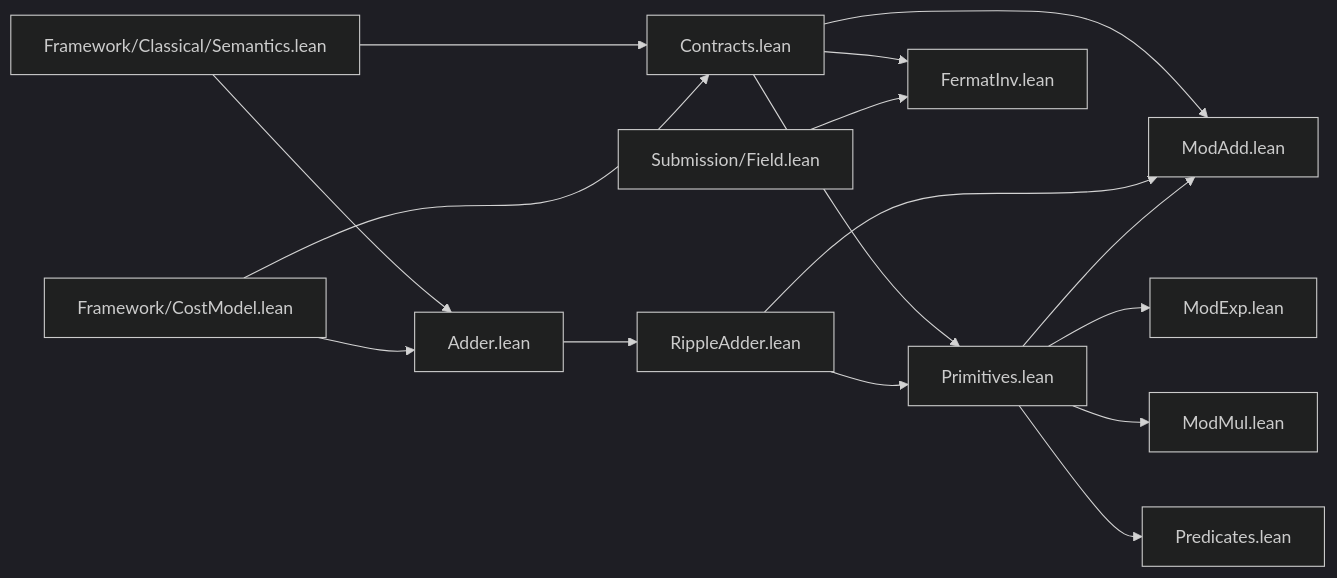
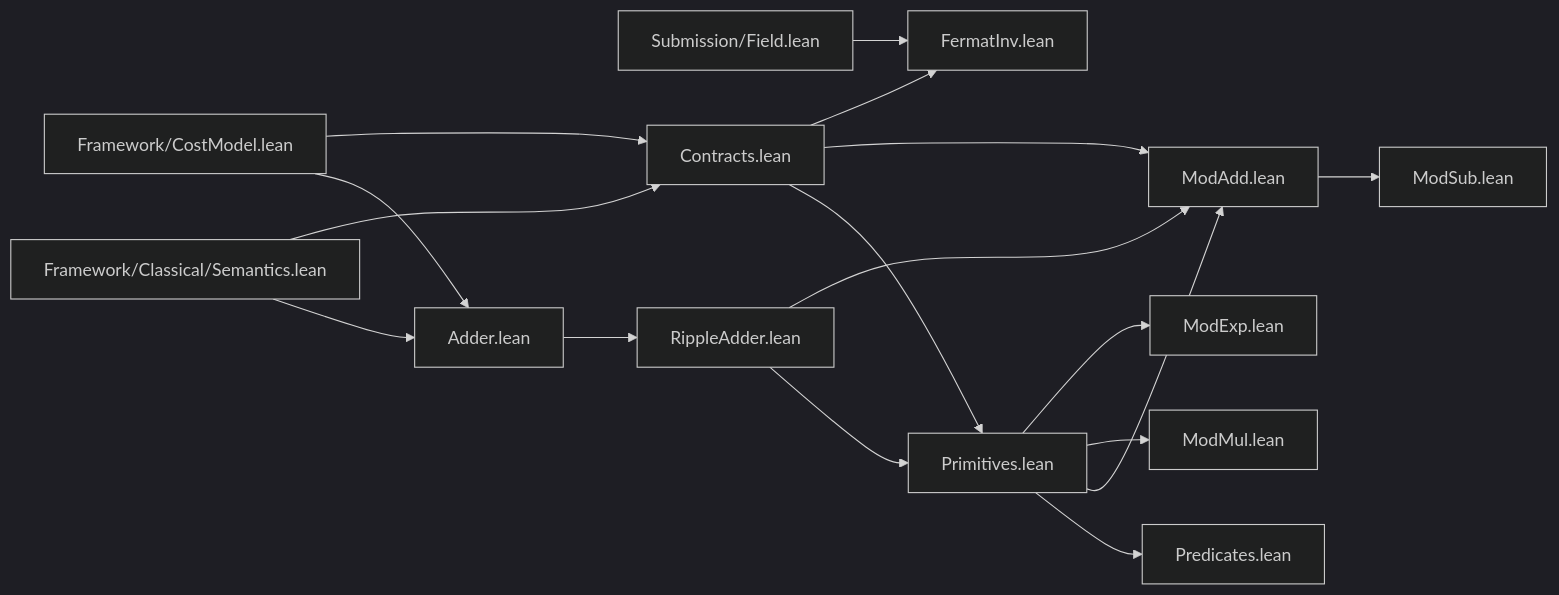
One commit to VerifiedQC/ShorECDLP changed the first of 2 diagrams in ShorECDLP/Submission/Arithmetic/README.md. Above: the diagram before and after it, drawn with Mermaid (dark theme). The commit also changed other lines of this file and 4 other files, not shown here.

````diff
--- a/ShorECDLP/Submission/Arithmetic/README.md
+++ b/ShorECDLP/Submission/Arithmetic/README.md
@@ -24,32 +24,34 @@
 ```mermaid
 flowchart LR
   Semantics["Framework/Classical/Semantics.lean"]
   CostModel["Framework/CostModel.lean"]
   Field["Submission/Field.lean"]
 
   Adder["Adder.lean"]
   Contracts["Contracts.lean"]
   Ripple["RippleAdder.lean"]
   Primitives["Primitives.lean"]
   Predicates["Predicates.lean"]
   ModAdd["ModAdd.lean"]
+  ModSub["ModSub.lean"]
   ModMul["ModMul.lean"]
   ModExp["ModExp.lean"]
   FermatInv["FermatInv.lean"]
 
   Semantics --> Adder
   CostModel --> Adder
   Semantics --> Contracts
   CostModel --> Contracts
   Adder --> Ripple
   Contracts --> Primitives
   Ripple --> Primitives
   Primitives --> Predicates
   Contracts --> ModAdd
   Ripple --> ModAdd
   Primitives --> ModAdd
+  ModAdd --> ModSub
   Primitives --> ModMul
   Primitives --> ModExp
   Contracts --> FermatInv
   Field --> FermatInv
 ```
````
